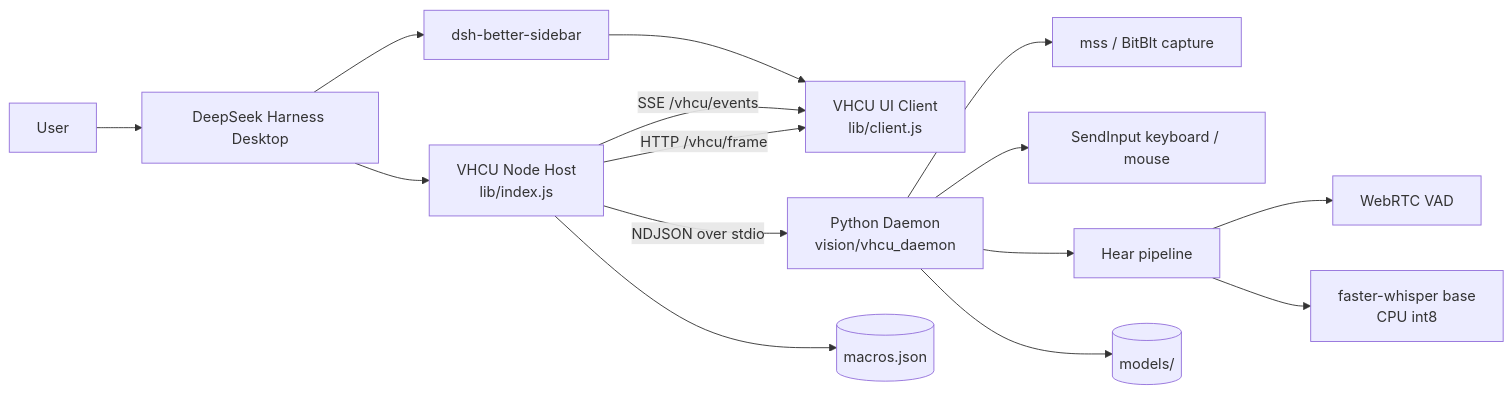
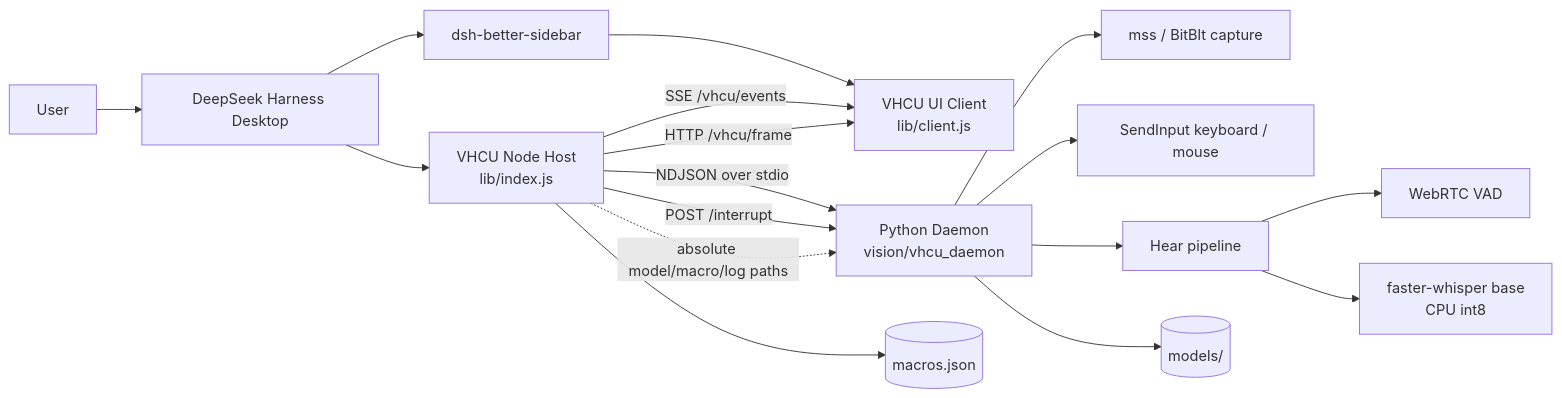
One commit to qiaozy-16/dsh-vhcu changed the diagram in README.md. Above: the diagram before and after it, drawn with Mermaid. The commit also changed other lines of this file and 3 other files, not shown here.

````diff
--- a/README.md
+++ b/README.md
@@ -89,17 +101,19 @@
 ```mermaid
 flowchart LR
     U[User] --> D[DeepSeek Harness Desktop]
     D --> S[dsh-better-sidebar]
     S --> C[VHCU UI Client<br/>lib/client.js]
     D --> N[VHCU Node Host<br/>lib/index.js]
     N -->|NDJSON over stdio| P[Python Daemon<br/>vision/vhcu_daemon]
+    N -->|POST /interrupt| P
+    N -.->|absolute model/macro/log paths| P
     P --> SC[mss / BitBlt capture]
     P --> IN[SendInput keyboard / mouse]
     P --> HR[Hear pipeline]
     HR --> VAD[WebRTC VAD]
     HR --> ASR[faster-whisper base<br/>CPU int8]
     N -->|SSE /vhcu/events| C
     N -->|HTTP /vhcu/frame| C
     N --> MF[(macros.json)]
     P --> MD[(models/)]
 ```
````
